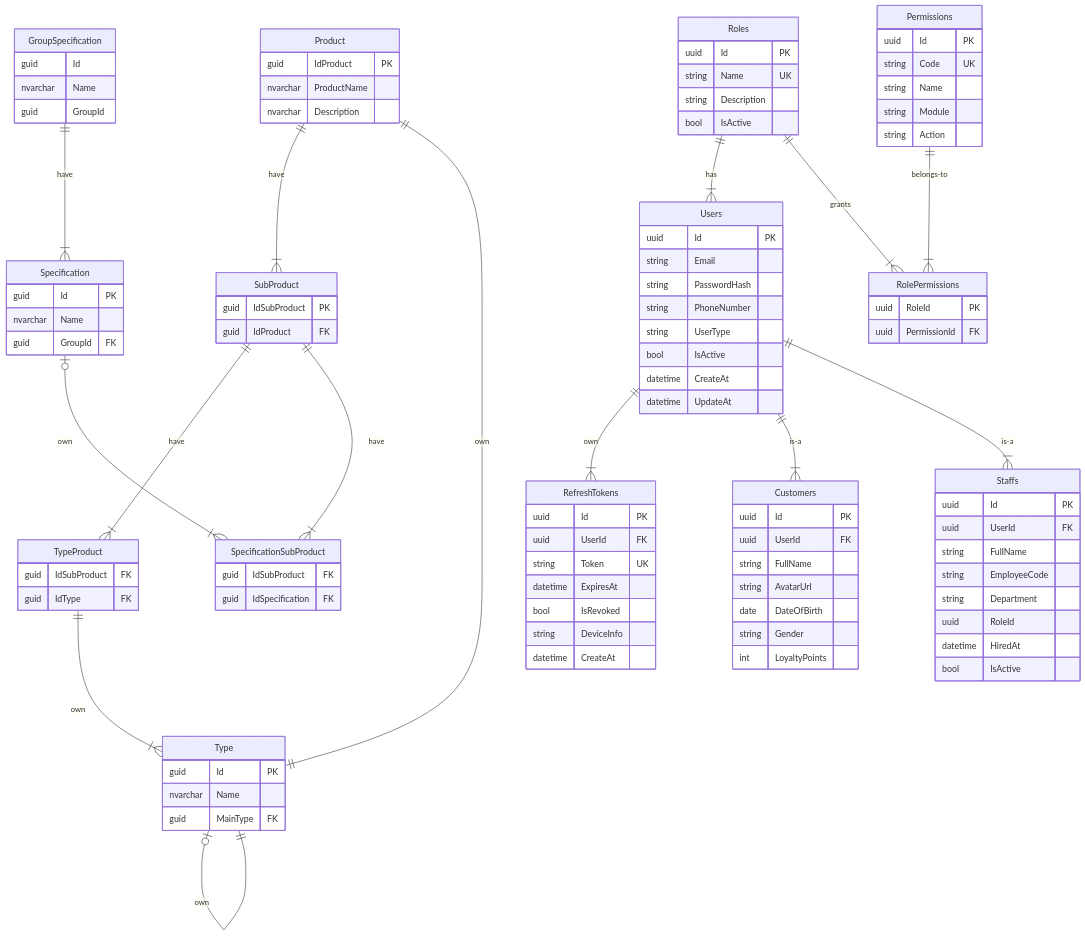
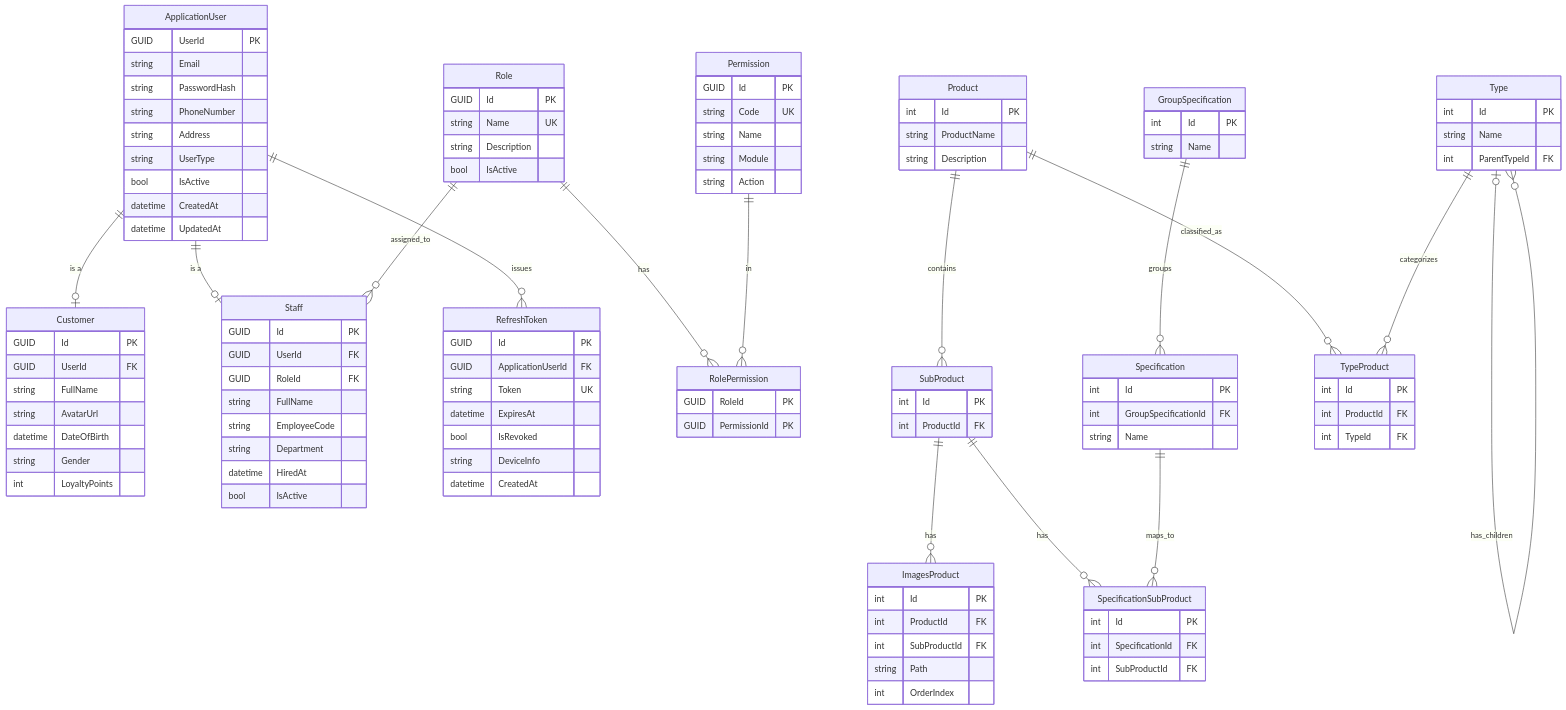
The diagram in README.md (levandong1503/TopZone), drawn with Mermaid before and after one commit. The commit also changed other lines of this file and 45 other files, not shown here.

Commit message:
feat: AccessToken and RefreshToken, config front-end api

````diff
--- a/README.md
+++ b/README.md
@@ -8,123 +9,116 @@
 ```mermaid
 erDiagram
-Product{
-    guid IdProduct PK
-    nvarchar ProductName
-    nvarchar Description
+    ApplicationUser {
+        GUID UserId PK
+        string Email
+        string PasswordHash
+        string PhoneNumber
+        string Address
+        string UserType
+        bool IsActive
+        datetime CreatedAt
+        datetime UpdatedAt
+    }
+    Customer {
+        GUID Id PK
+        GUID UserId FK
+        string FullName
+        string AvatarUrl
+        datetime DateOfBirth
+        string Gender
+        int LoyaltyPoints
+    }
+    Staff {
+        GUID Id PK
+        GUID UserId FK
+        GUID RoleId FK
+        string FullName
+        string EmployeeCode
+        string Department
+        datetime HiredAt
+        bool IsActive
+    }
+    RefreshToken {
+        GUID Id PK
+        GUID ApplicationUserId FK
+        string Token UK
+        datetime ExpiresAt
+        bool IsRevoked
+        string DeviceInfo
+        datetime CreatedAt
+    }
+    Role {
+        GUID Id PK
+        string Name UK
+        string Description
+        bool IsActive
+    }
+    Permission {
+        GUID Id PK
+        string Code UK
+        string Name
+        string Module
+        string Action
+    }
+    RolePermission {
+        GUID RoleId PK
+        GUID PermissionId PK
+    }
+    Product {
+        int Id PK
+        string ProductName
+        string Description
+    }
+    SubProduct {
+        int Id PK
+        int ProductId FK
+    }
+    ImagesProduct {
+        int Id PK
+        int ProductId FK
+        int SubProductId FK
+        string Path
+        int OrderIndex
+    }
+    GroupSpecification {
+        int Id PK
+        string Name
+    }
+    Specification {
+        int Id PK
+        int GroupSpecificationId FK
+        string Name
+    }
+    SpecificationSubProduct {
+        int Id PK
+        int SpecificationId FK
+        int SubProductId FK
+    }
+    Type {
+        int Id PK
+        string Name
+        int ParentTypeId FK
+    }
+    TypeProduct {
+        int Id PK
+        int ProductId FK
+        int TypeId FK
+    }
 
-}
+    ApplicationUser ||--o| Customer : "is a"
+    ApplicationUser ||--o| Staff : "is a"
+    ApplicationUser ||--o{ RefreshToken : "issues"
+    Role ||--o{ Staff : "assigned_to"
+    Role ||--o{ RolePermission : "has"
+    Permission ||--o{ RolePermission : "in"
 
-SubProduct{
-    guid IdSubProduct PK
-    guid IdProduct FK
-}
-
-TypeProduct{
-    guid IdSubProduct FK
-    guid IdType FK
-}
-
-Specification{
-    guid Id PK
-    nvarchar Name
-    guid GroupId FK
-}
-
-SpecificationSubProduct{
-    guid IdSubProduct FK
-    guid IdSpecification FK
-}
-
-GroupSpecification{
-    guid Id
-    nvarchar Name
-    guid GroupId
-}
-
-Type{
-    guid Id PK
-    nvarchar Name 
-    guid MainType FK
-}
-
-
-Users{
-    uuid Id PK
-    string Email
-    string PasswordHash
-    string PhoneNumber
-    string UserType
-    bool IsActive
-    datetime CreateAt
-    datetime UpdateAt
-}
-
-Customers{
-    uuid Id PK
-    uuid UserId FK
-    string FullName
-    string AvatarUrl
-    date DateOfBirth
-    string Gender
-    int LoyaltyPoints
-}
-
-Staffs{
-    uuid Id PK
-    uuid UserId FK
-    string FullName
-    string EmployeeCode
-    string Department
-    uuid RoleId
-    datetime HiredAt
-    bool IsActive
-}
-
-RefreshTokens{
-    uuid Id PK
-    uuid UserId FK
-    string Token UK
-    datetime ExpiresAt
-    bool IsRevoked
-    string DeviceInfo
-    datetime CreateAt
-}
-
-Roles{
-    uuid Id PK
-    string Name UK
-    string Description
-    bool IsActive
-}
-
-Permissions{
-    uuid Id PK
-    string Code UK
-    string Name
-    string Module
-    string Action
-}
-
-RolePermissions {
-    uuid RoleId PK
-    uuid PermissionId FK
-}
-
-
-Product ||--|{ SubProduct : have
-SubProduct || -- |{ TypeProduct : have
-SubProduct || -- |{ SpecificationSubProduct : have
-Specification o| -- |{ SpecificationSubProduct : own
-TypeProduct || -- |{ Type : own
-Product || -- || Type : own
-Type o| -- || Type : own
-GroupSpecification || -- |{ Specification : have
-
-Users ||-- |{ RefreshTokens: own
-Users ||-- |{ Customers: is-a
-Users ||-- |{ Staffs: is-a
-Roles ||-- |{ Users: has
-Roles || -- |{ RolePermissions: grants
-Permissions || -- |{ RolePermissions: belongs-to
+    Product ||--o{ SubProduct : "contains"
+    Product ||--o{ TypeProduct : "classified_as"
+    SubProduct ||--o{ ImagesProduct : "has"
+    SubProduct ||--o{ SpecificationSubProduct : "has"
+    GroupSpecification ||--o{ Specification : "groups"
+    Specification ||--o{ SpecificationSubProduct : "maps_to"
+    Type |o--o{ Type : "has_children"
+    Type ||--o{ TypeProduct : "categorizes"
 
 ```
````
